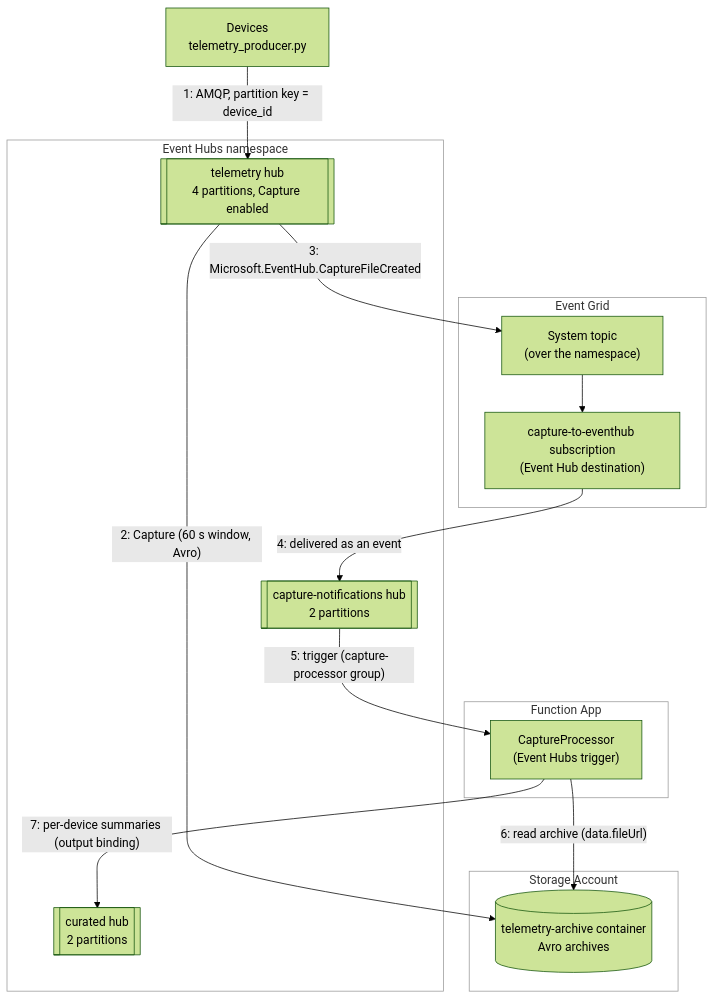
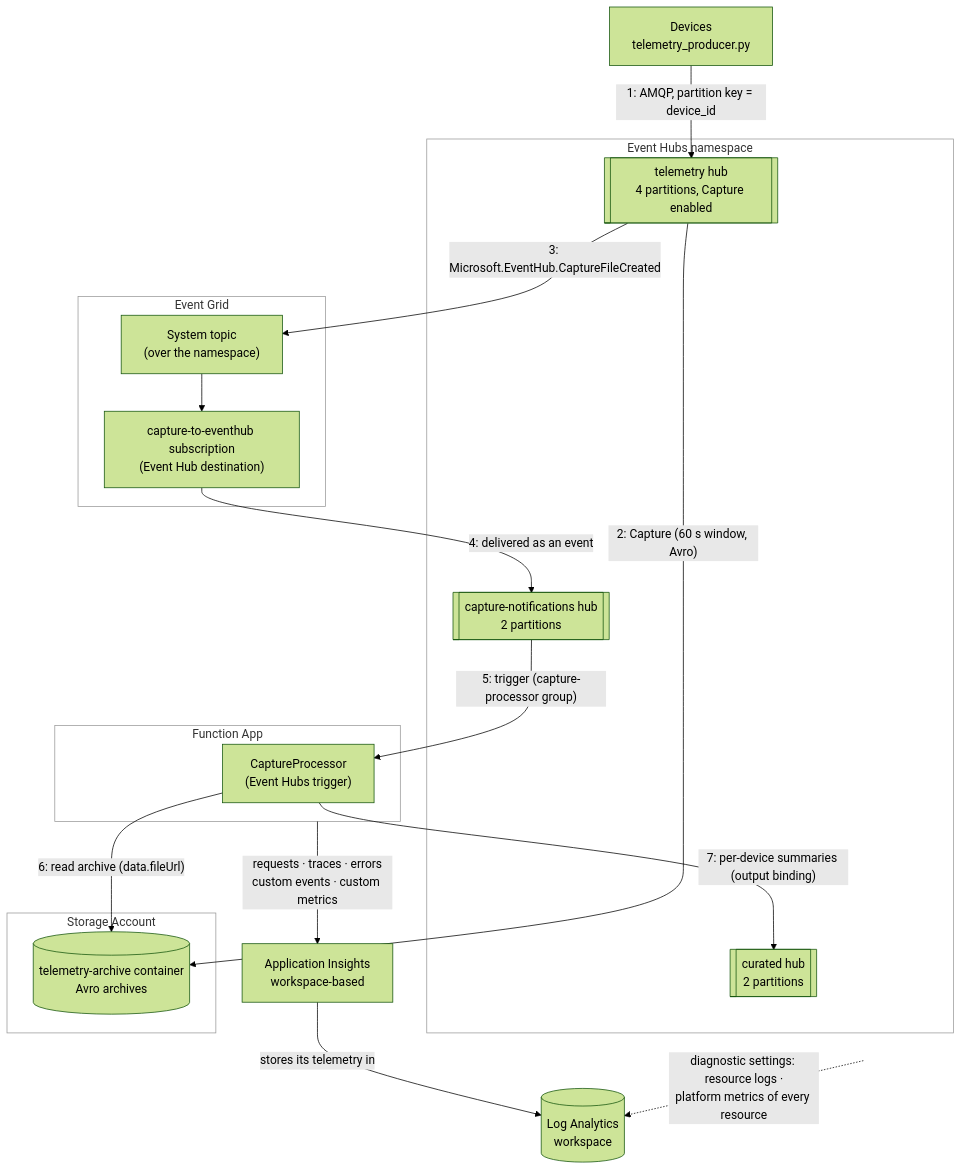
The diagram in samples/eventhubs-eventgrid/python/README.md (localstack/localstack-azure-samples), drawn with Mermaid (forest theme) before and after one commit. The commit also changed other lines of this file and 1032 other files, not shown here.

First line of the commit message:
Monitor every web and function app sample with Application Insights (#154)

````diff
--- a/samples/eventhubs-eventgrid/python/README.md
+++ b/samples/eventhubs-eventgrid/python/README.md
@@ -16,37 +16,43 @@
 ```mermaid
 flowchart TB
     devices["Devices<br/>telemetry_producer.py"]
 
     subgraph ehns["Event Hubs namespace"]
         telemetry[["telemetry hub<br/>4 partitions, Capture enabled"]]
         notifications[["capture-notifications hub<br/>2 partitions"]]
         curated[["curated hub<br/>2 partitions"]]
     end
 
     subgraph storage["Storage Account"]
         archive[("telemetry-archive container<br/>Avro archives")]
     end
 
     subgraph eventgrid["Event Grid"]
         topic["System topic<br/>(over the namespace)"]
         subscription["capture-to-eventhub subscription<br/>(Event Hub destination)"]
     end
 
     subgraph funcapp["Function App"]
         processor["CaptureProcessor<br/>(Event Hubs trigger)"]
     end
 
+    insights["Application Insights<br/>workspace-based"]
+    workspace[("Log Analytics<br/>workspace")]
+
     devices -->|"1: AMQP, partition key = device_id"| telemetry
     telemetry -->|"2: Capture (60 s window, Avro)"| archive
     telemetry -->|"3: Microsoft.EventHub.CaptureFileCreated"| topic
     topic --> subscription
     subscription -->|"4: delivered as an event"| notifications
     notifications -->|"5: trigger (capture-processor group)"| processor
     processor -->|"6: read archive (data.fileUrl)"| archive
     processor -->|"7: per-device summaries (output binding)"| curated
+    funcapp -->|"requests · traces · errors<br/>custom events · custom metrics"| insights
+    insights -->|"stores its telemetry in"| workspace
+    ehns -. "diagnostic settings: resource logs ·<br/>platform metrics of every resource" .-> workspace
 
     style ehns fill:#ffffff,stroke:#999999,color:#333333
     style storage fill:#ffffff,stroke:#999999,color:#333333
     style eventgrid fill:#ffffff,stroke:#999999,color:#333333
     style funcapp fill:#ffffff,stroke:#999999,color:#333333
 ```
````
